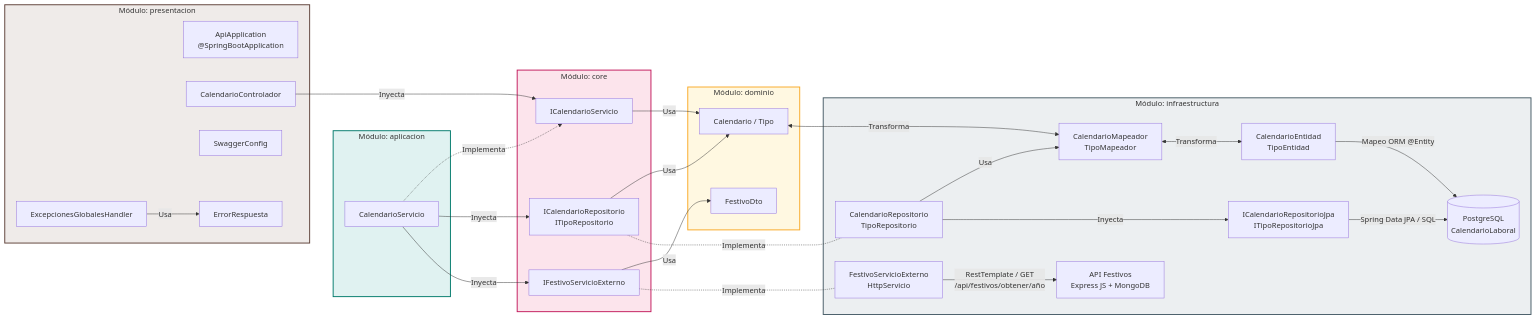
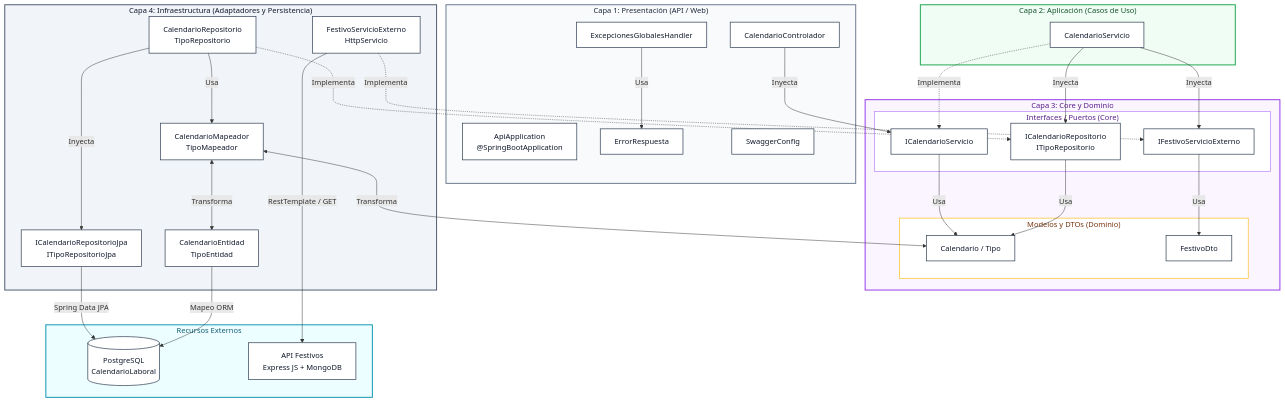
One commit to SESASAN/api-calendario-arquitectura-II changed the diagram in diagramas/diagrama-arquitectura-calendario.md. Above: the diagram before and after it, drawn with Mermaid.

Commit message:
Ajuste código mermaid para modo oscuro github

````diff
--- a/diagramas/diagrama-arquitectura-calendario.md
+++ b/diagramas/diagrama-arquitectura-calendario.md
@@ -5,53 +5,68 @@
 ```mermaid
-graph LR
-    %% Módulo Presentación
-    subgraph Presentacion [Módulo: presentacion]
+graph TB
+    %% -----------------------------------------------------------
+    %% NIVEL 1: CAPA DE PRESENTACIÓN / ENTRADA
+    %% -----------------------------------------------------------
+    subgraph Presentacion ["Capa 1: Presentación (API / Web)"]
         ApiApp["ApiApplication<br/>@SpringBootApplication"]
-        Controladores[CalendarioControlador]
-        Configuracion[SwaggerConfig]
-        Handlers[ExcepcionesGlobalesHandler]
-        DtosPresentacion[ErrorRespuesta]
+        Controladores["CalendarioControlador"]
+        Handlers["ExcepcionesGlobalesHandler"]
+        DtosPresentacion["ErrorRespuesta"]
+        Configuracion["SwaggerConfig"]
     end
 
-    %% Módulo Aplicación
-    subgraph Aplicacion [Módulo: aplicacion]
-        ServiciosApp[CalendarioServicio]
+    %% -----------------------------------------------------------
+    %% NIVEL 2: CAPA DE APLICACIÓN
+    %% -----------------------------------------------------------
+    subgraph Aplicacion ["Capa 2: Aplicación (Casos de Uso)"]
+        ServiciosApp["CalendarioServicio"]
     end
 
-    %% Módulo Core
-    subgraph Core [Módulo: core]
-        InterfacesServicio[ICalendarioServicio]
-        InterfacesRepo[ICalendarioRepositorio<br/>ITipoRepositorio]
-        InterfacesIntegracion[IFestivoServicioExterno]
+    %% -----------------------------------------------------------
+    %% NIVEL 3: CAPA CORE Y DOMINIO (CENTRO / REGLAS DE NEGOCIO)
+    %% -----------------------------------------------------------
+    subgraph Negocio ["Capa 3: Core y Dominio"]
+        subgraph Core ["Interfaces / Puertos (Core)"]
+            InterfacesServicio["ICalendarioServicio"]
+            InterfacesRepo["ICalendarioRepositorio<br/>ITipoRepositorio"]
+            InterfacesIntegracion["IFestivoServicioExterno"]
+        end
+
+        subgraph Dominio ["Modelos y DTOs (Dominio)"]
+            Entidades["Calendario / Tipo"]
+            DTOs["FestivoDto"]
+        end
     end
 
-    %% Módulo Dominio
-    subgraph Dominio [Módulo: dominio]
-        Entidades[Calendario / Tipo]
-        DTOs[FestivoDto]
+    %% -----------------------------------------------------------
+    %% NIVEL 4: CAPA DE INFRAESTRUCTURA (ADAPTADORES / SALIDA)
+    %% -----------------------------------------------------------
+    subgraph Infraestructura ["Capa 4: Infraestructura (Adaptadores y Persistencia)"]
+        RepositoriosImpl["CalendarioRepositorio<br/>TipoRepositorio"]
+        IntegracionExt["FestivoServicioExterno<br/>HttpServicio"]
+        Mapeadores["CalendarioMapeador<br/>TipoMapeador"]
+        RepositoriosJPA["ICalendarioRepositorioJpa<br/>ITipoRepositorioJpa"]
+        EntidadesJPA["CalendarioEntidad<br/>TipoEntidad"]
     end
 
-    %% Módulo Infraestructura
-    subgraph Infraestructura [Módulo: infraestructura]
-        RepositoriosImpl[CalendarioRepositorio<br/>TipoRepositorio]
-        Mapeadores[CalendarioMapeador<br/>TipoMapeador]
-        IntegracionExt[FestivoServicioExterno<br/>HttpServicio]
-        RepositoriosJPA[ICalendarioRepositorioJpa<br/>ITipoRepositorioJpa]
-        EntidadesJPA[CalendarioEntidad<br/>TipoEntidad]
-        DB[(PostgreSQL<br/>CalendarioLaboral)]
-        APIExterna[API Festivos<br/>Express JS + MongoDB]
+    %% -----------------------------------------------------------
+    %% NIVEL 5: SISTEMAS EXTERNOS
+    %% -----------------------------------------------------------
+    subgraph Externos ["Recursos Externos"]
+        DB[("PostgreSQL<br/>CalendarioLaboral")]
+        APIExterna["API Festivos<br/>Express JS + MongoDB"]
     end
 
-    %% Presentación -> Core / Dominio
-    Controladores -->|Inyecta| InterfacesServicio
+    %% -----------------------------------------------------------
+    %% FLUJO DESCENDENTE ENTRE CAPAS
+    %% -----------------------------------------------------------
+    %% Flujo interno Presentación
     Handlers -->|Usa| DtosPresentacion
 
-    %% Enlaces invisibles: ordenan las capas de izquierda a derecha
-    DtosPresentacion ~~~ ServiciosApp
-    Entidades ~~~ RepositoriosImpl
-    DTOs ~~~ IntegracionExt
+    %% Presentación -> Aplicación & Core
+    Controladores -->|Inyecta| InterfacesServicio
 
-    %% Aplicación -> Core / Dominio
+    %% Aplicación -> Core & Dominio
     ServiciosApp -.->|Implementa| InterfacesServicio
     ServiciosApp -->|Inyecta| InterfacesRepo
     ServiciosApp -->|Inyecta| InterfacesIntegracion
@@ -61,23 +76,31 @@
     InterfacesRepo -->|Usa| Entidades
     InterfacesIntegracion -->|Usa| DTOs
 
-    %% Infraestructura -> Core / Dominio
-    InterfacesRepo <-.-|Implementa| RepositoriosImpl
-    InterfacesIntegracion <-.-|Implementa| IntegracionExt
-    Entidades <-->|Transforma| Mapeadores
+    %% Infraestructura -> Core (Inversión de dependencias)
+    RepositoriosImpl -.->|Implementa| InterfacesRepo
+    IntegracionExt -.->|Implementa| InterfacesIntegracion
+    Mapeadores <-->|Transforma| Entidades
 
-    %% Infraestructura interna
+    %% Infraestructura Interna
     RepositoriosImpl -->|Usa| Mapeadores
     RepositoriosImpl -->|Inyecta| RepositoriosJPA
     Mapeadores <-->|Transforma| EntidadesJPA
-    RepositoriosJPA -->|Spring Data JPA / SQL| DB
-    EntidadesJPA -->|Mapeo ORM @Entity| DB
-    IntegracionExt -->|RestTemplate / GET<br/>/api/festivos/obtener/año| APIExterna
 
-    %% Estilos de Módulos
-    style Presentacion fill:#efebe9,stroke:#5d4037,stroke-width:2px
-    style Aplicacion fill:#e0f2f1,stroke:#00796b,stroke-width:2px
-    style Core fill:#fce4ec,stroke:#c2185b,stroke-width:2px
-    style Dominio fill:#fff8e1,stroke:#f9a825,stroke-width:2px
-    style Infraestructura fill:#eceff1,stroke:#455a64,stroke-width:2px
+    %% Infraestructura -> Sistemas Externos
+    RepositoriosJPA -->|Spring Data JPA| DB
+    EntidadesJPA -->|Mapeo ORM| DB
+    IntegracionExt -->|RestTemplate / GET| APIExterna
+
+    %% -----------------------------------------------------------
+    %% ESTILOS VISUALES
+    %% -----------------------------------------------------------
+    classDef default fill:#ffffff,stroke:#334155,stroke-width:1.5px,color:#0f172a;
+
+    style Presentacion fill:#f8fafc,stroke:#64748b,stroke-width:2px,color:#1e293b
+    style Aplicacion fill:#f0fdf4,stroke:#16a34a,stroke-width:2px,color:#14532d
+    style Negocio fill:#faf5ff,stroke:#9333ea,stroke-width:2px,color:#581c87
+    style Core fill:#ffffff,stroke:#c084fc,stroke-width:1.5px,color:#581c87
+    style Dominio fill:#ffffff,stroke:#fbbf24,stroke-width:1.5px,color:#78350f
+    style Infraestructura fill:#f1f5f9,stroke:#475569,stroke-width:2px,color:#0f172a
+    style Externos fill:#ecfeff,stroke:#0891b2,stroke-width:2px,color:#155e75
 ```
````
